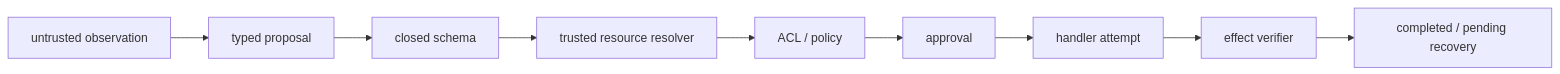
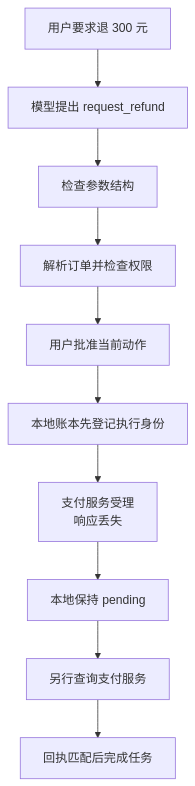
Before and after one commit to NightLemon/about-llm: the diagram in docs/practice/projects/safe-agent.md, drawn with Mermaid. The commit also changed other lines of this file and 1 other file, not shown here.

Commit message:
docs: trace one refund through safe agent recovery

````diff
--- a/docs/practice/projects/safe-agent.md
+++ b/docs/practice/projects/safe-agent.md
@@ -15,11 +13,12 @@
 ```mermaid
-flowchart LR
-  O["untrusted observation"] --> P["typed proposal"]
-  P --> S["closed schema"]
-  S --> R["trusted resource resolver"]
-  R --> A["ACL / policy"]
-  A --> U["approval"]
-  U --> H["handler attempt"]
-  H --> V["effect verifier"]
-  V --> C["completed / pending recovery"]
+flowchart TD
+  O["用户要求退 300 元"] --> P["模型提出 request_refund"]
+  P --> S["检查参数结构"]
+  S --> A["解析订单并检查权限"]
+  A --> G["用户批准当前动作"]
+  G --> C["本地账本先登记执行身份"]
+  C --> T["支付服务受理<br/>响应丢失"]
+  T --> N["本地保持 pending"]
+  N --> V["另行查询支付服务"]
+  V --> R["回执匹配后完成任务"]
 ```
````
